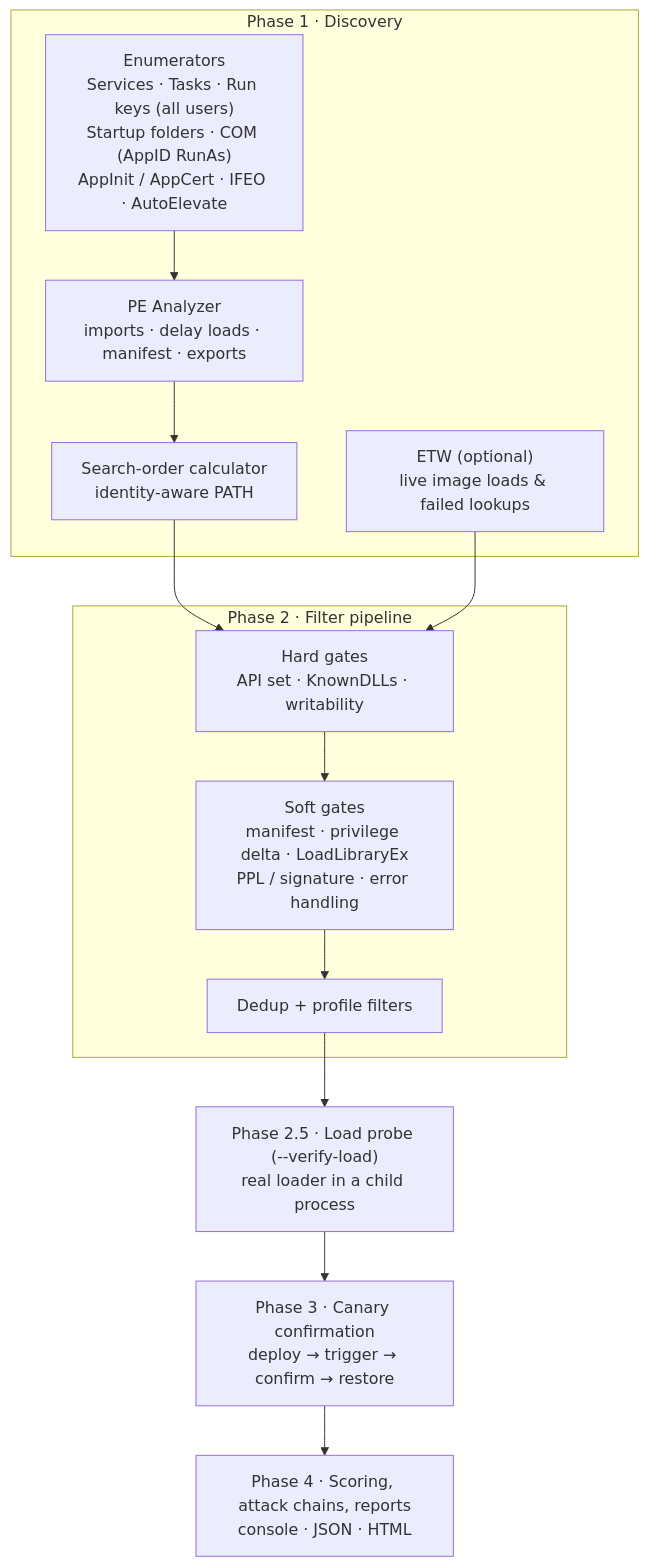
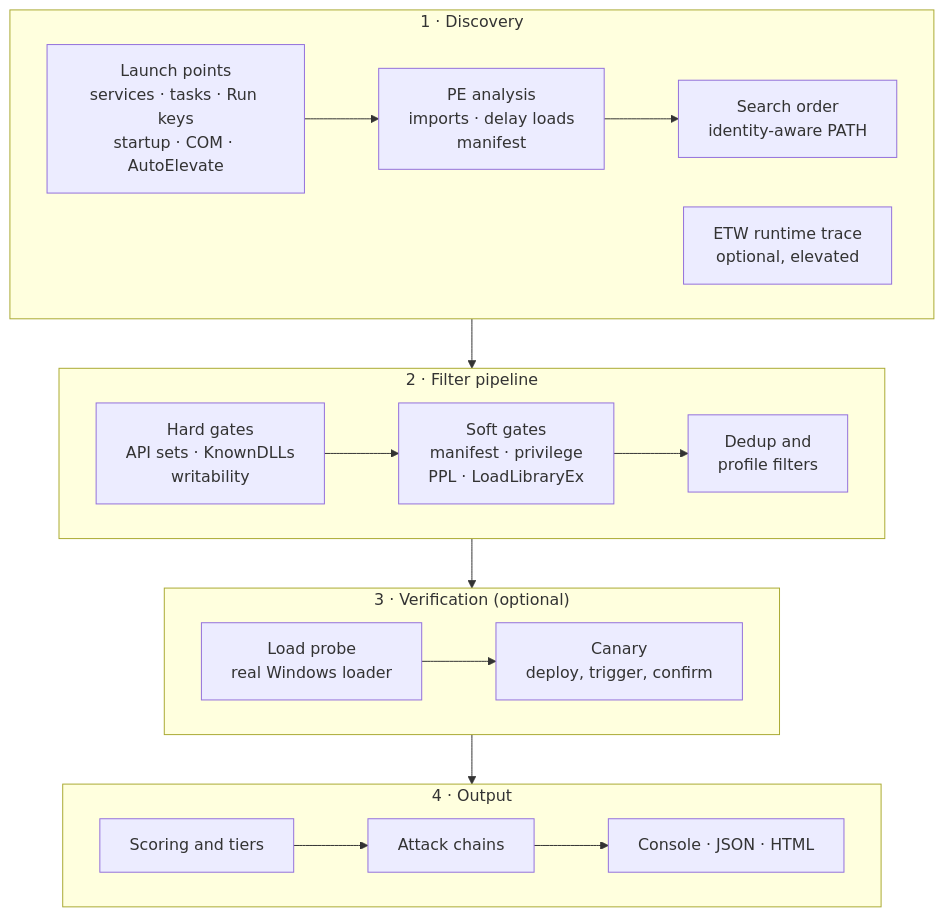
The first of 2 diagrams in README.md (projectmerai/DLLHijackHunter), drawn with Mermaid before and after one commit. The commit also changed other lines of this file, not shown here.

Commit message:
docs: fix README diagrams rendering
The pipeline flowchart rendered as a tall single column with labels
wrapping mid-token, and the canary sequence diagram drew long self-
messages whose text overlapped the lifeline and was clipped at the left
edge. Redraw the flowchart as one compact row per phase and the sequence
diagram with a hijack-position participant, notes instead of self-
messages, and numbered steps. Verified with Mermaid 10.9 and 11.

````diff
--- a/README.md
+++ b/README.md
@@ -79,23 +79,21 @@
 ```mermaid
 flowchart TB
-    subgraph P1["Phase 1 · Discovery"]
-        EN["Enumerators<br/>Services · Tasks · Run keys (all users)<br/>Startup folders · COM (AppID RunAs)<br/>AppInit / AppCert · IFEO · AutoElevate"]
-        PE["PE Analyzer<br/>imports · delay loads · manifest · exports"]
-        SO["Search-order calculator<br/>identity-aware PATH"]
-        ETW["ETW (optional)<br/>live image loads & failed lookups"]
+    subgraph S1["1 · Discovery"]
+        direction LR
+        EN["Launch points<br/>services · tasks · Run keys<br/>startup · COM · AutoElevate"] --> PE["PE analysis<br/>imports · delay loads<br/>manifest"] --> SO["Search order<br/>identity-aware PATH"]
+        ETW["ETW runtime trace<br/>optional, elevated"]
     end
-
-    subgraph P2["Phase 2 · Filter pipeline"]
-        HG["Hard gates<br/>API set · KnownDLLs · writability"]
-        SG["Soft gates<br/>manifest · privilege delta · LoadLibraryEx<br/>PPL / signature · error handling"]
-        DD["Dedup + profile filters"]
+    subgraph S2["2 · Filter pipeline"]
+        direction LR
+        HG["Hard gates<br/>API sets · KnownDLLs<br/>writability"] --> SG["Soft gates<br/>manifest · privilege<br/>PPL · LoadLibraryEx"] --> DD["Dedup and<br/>profile filters"]
     end
-
-    P25["Phase 2.5 · Load probe (--verify-load)<br/>real loader in a child process"]
-    P3["Phase 3 · Canary confirmation<br/>deploy → trigger → confirm → restore"]
-    P4["Phase 4 · Scoring, attack chains, reports<br/>console · JSON · HTML"]
-
-    EN --> PE --> SO --> HG
-    ETW --> HG
-    HG --> SG --> DD --> P25 --> P3 --> P4
+    subgraph S3["3 · Verification (optional)"]
+        direction LR
+        LP["Load probe<br/>real Windows loader"] --> CN["Canary<br/>deploy, trigger, confirm"]
+    end
+    subgraph S4["4 · Output"]
+        direction LR
+        SC["Scoring and tiers"] --> AC["Attack chains"] --> RP["Console · JSON · HTML"]
+    end
+    S1 --> S2 --> S3 --> S4
 ```
````
